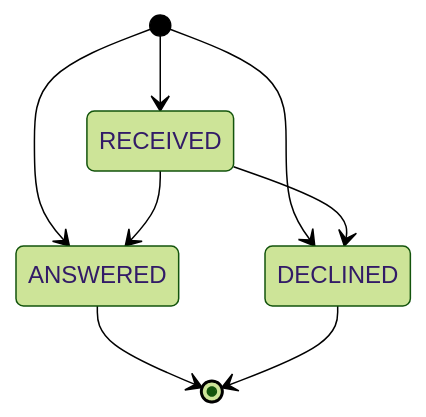
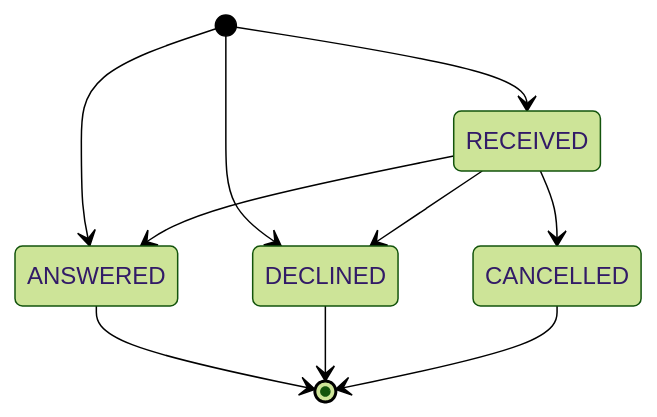
The second of 3 diagrams in specs/stc/task-collaboration.md (Metaform/dsaf-specs), drawn with Mermaid (forest theme) before and after one commit. The commit also changed other lines of this file and 2 other files, not shown here.

````diff
--- a/specs/stc/task-collaboration.md
+++ b/specs/stc/task-collaboration.md
@@ -326,10 +329,12 @@
 ```mermaid
 stateDiagram-v2
     [*] --> RECEIVED
     [*] --> ANSWERED
     [*] --> DECLINED
     RECEIVED --> ANSWERED
     RECEIVED --> DECLINED
+    RECEIVED --> CANCELLED
     ANSWERED --> [*]
     DECLINED --> [*]
+    CANCELLED --> [*]
 ```
````
